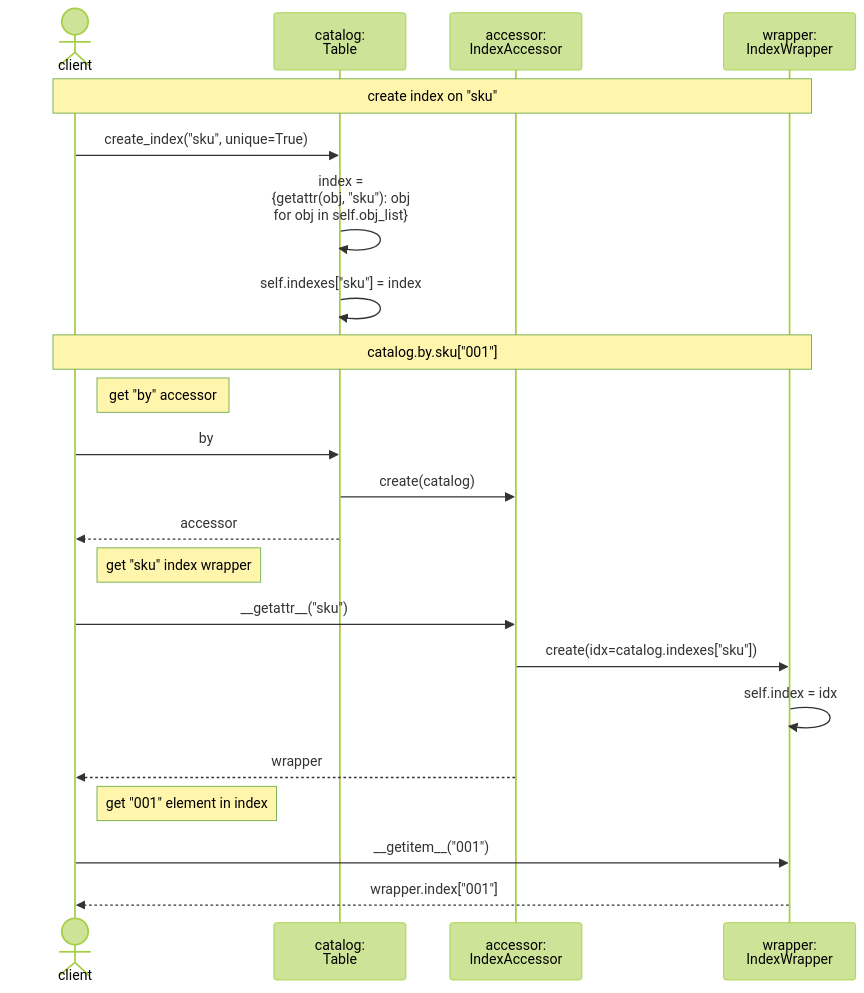
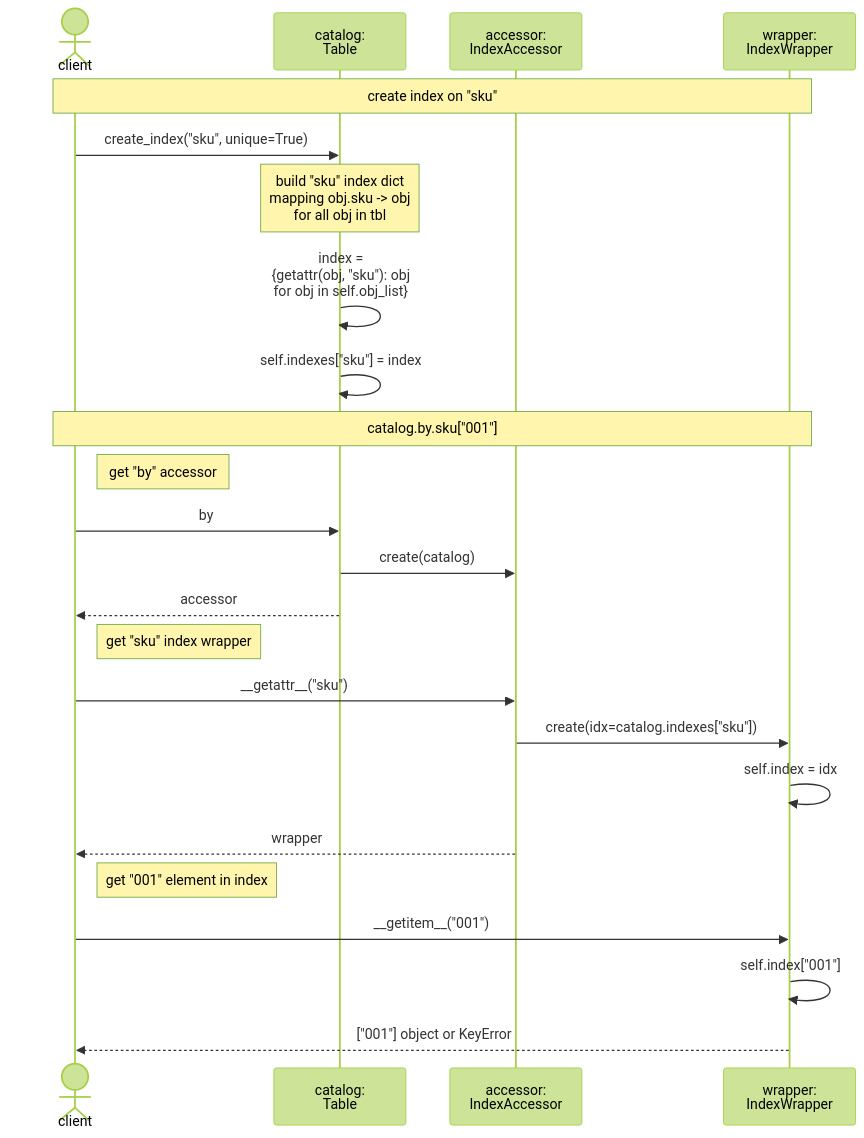
Before and after one commit to ptmcg/littletable: the second of 2 diagrams in docs/accessor_pattern_diagrams.md, drawn with Mermaid (forest theme).

Commit message:
Updated sequence diagram of accessor_pattern_diagrams.md: added notes and clarified final index access

````diff
--- a/docs/accessor_pattern_diagrams.md
+++ b/docs/accessor_pattern_diagrams.md
@@ -30,32 +30,34 @@
 ```mermaid
 sequenceDiagram
     actor client as client<br>
     participant tbl as catalog:<br>Table
     participant acc as accessor:<br>IndexAccessor
     participant w as wrapper:<br>IndexWrapper
 
     note over client,w: create index on "sku"
 
     client ->> tbl: create_index("sku", unique=True)
+    note over tbl: build "sku" index dict<br>mapping obj.sku -> obj<br>for all obj in tbl
     tbl ->> tbl: index = <br>{getattr(obj, "sku"): obj<br>for obj in self.obj_list}
     tbl ->> tbl: self.indexes["sku"] = index
 
 
     note over client,w: catalog.by.sku["001"]
 
     note right of client: get "by" accessor
     client ->> tbl: by
     tbl ->> acc: create(catalog)
     tbl -->> client: accessor
 
     note right of client: get "sku" index wrapper
     client ->> acc: __getattr__("sku")
     acc ->> w: create(idx=catalog.indexes["sku"])
     w ->> w: self.index = idx
     acc -->> client: wrapper
 
     note right of client: get "001" element in index
     client ->> w: __getitem__("001")
-    w -->> client: wrapper.index["001"]
+    w ->> w: self.index["001"]
+    w -->> client: ["001"] object or KeyError
 
 ```
````
